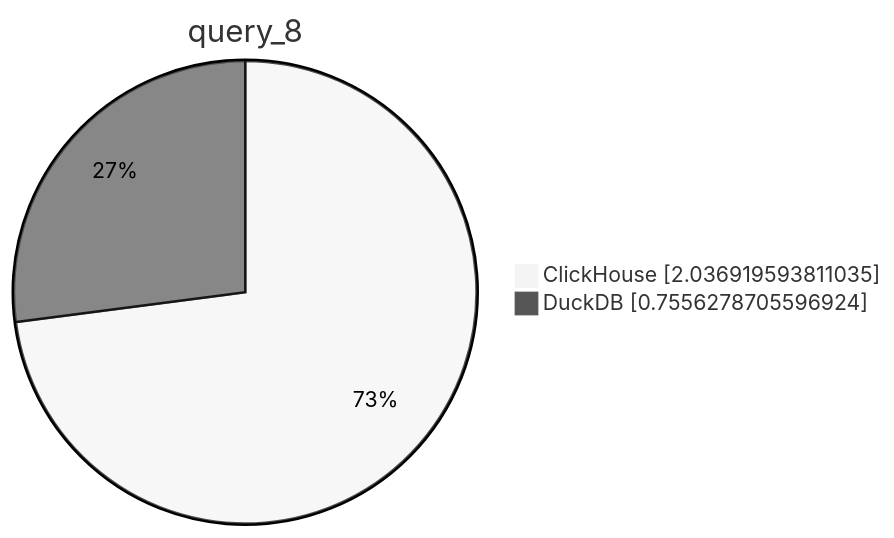
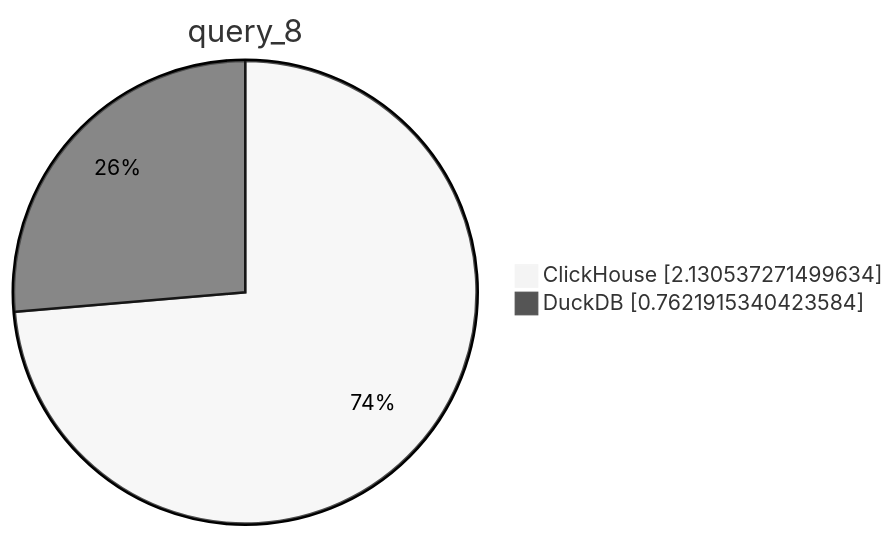
One commit to Altinity/clickhouse-regression changed the ninth of 10 diagrams in parquet/performance/performance_reports/results.md. Above: the diagram before and after it, drawn with Mermaid (neutral theme). The commit also changed other lines of this file and 2 other files, not shown here.

````diff
--- a/parquet/performance/performance_reports/results.md
+++ b/parquet/performance/performance_reports/results.md
@@ -68,6 +68,6 @@
 ```mermaid
      pie showData
          title query_8
-         "ClickHouse" : 2.036919593811035
-         "DuckDB" : 0.7556278705596924
+         "ClickHouse" : 2.130537271499634
+         "DuckDB" : 0.7621915340423584
 ```
````
